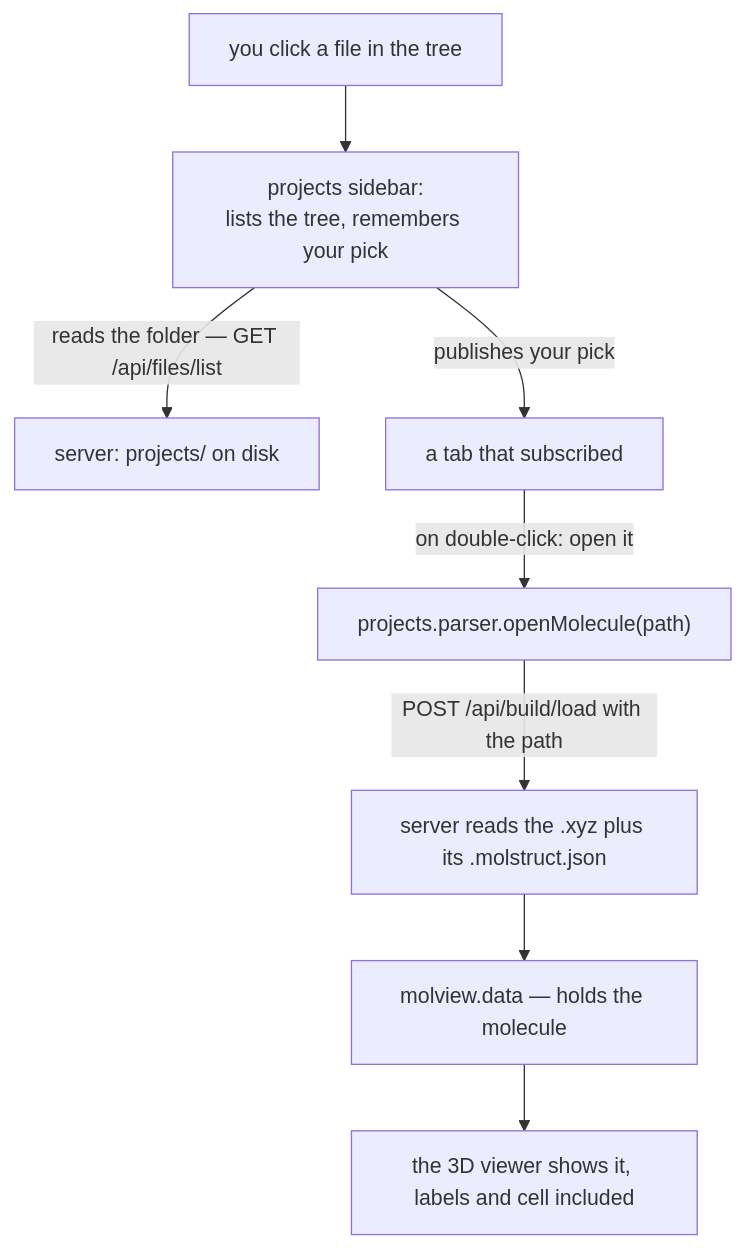
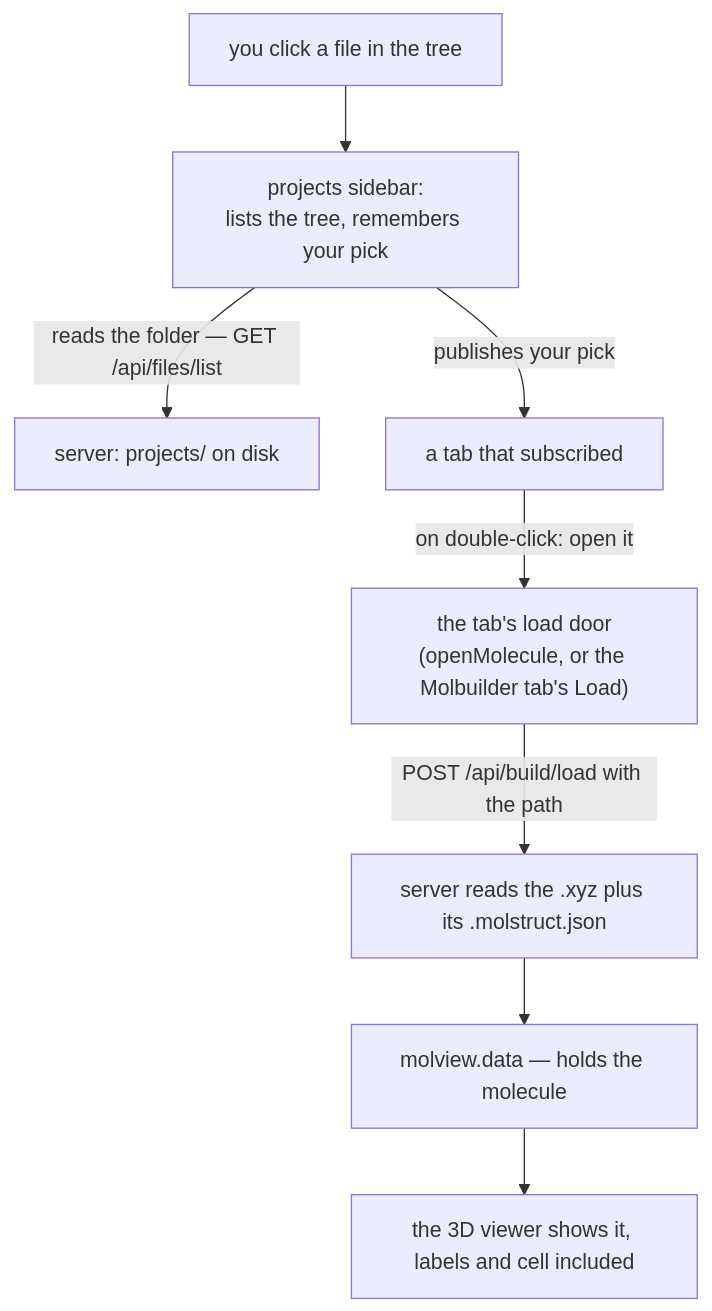
One commit to Qing-LAB/molbuilder changed the diagram in docs/web/projects.md. Above: the diagram before and after it, drawn with Mermaid. The commit also changed other lines of this file and 43 other files, not shown here.

````diff
--- a/docs/web/projects.md
+++ b/docs/web/projects.md
@@ -169,10 +182,10 @@
 ```mermaid
 flowchart TB
     U["you click a file in the tree"] --> SB["projects sidebar:<br/>lists the tree, remembers your pick"]
     SB -->|"reads the folder — GET /api/files/list"| DISK["server: projects/ on disk"]
     SB -->|"publishes your pick"| TAB["a tab that subscribed"]
-    TAB -->|"on double-click: open it"| DOOR["projects.parser.openMolecule(path)"]
+    TAB -->|"on double-click: open it"| DOOR["the tab's load door<br/>(openMolecule, or the Molbuilder tab's Load)"]
     DOOR -->|"POST /api/build/load with the path"| SRV["server reads the .xyz plus its .molstruct.json"]
     SRV --> MV["molview.data — holds the molecule"]
     MV --> VIEW["the 3D viewer shows it, labels and cell included"]
 ```
````
